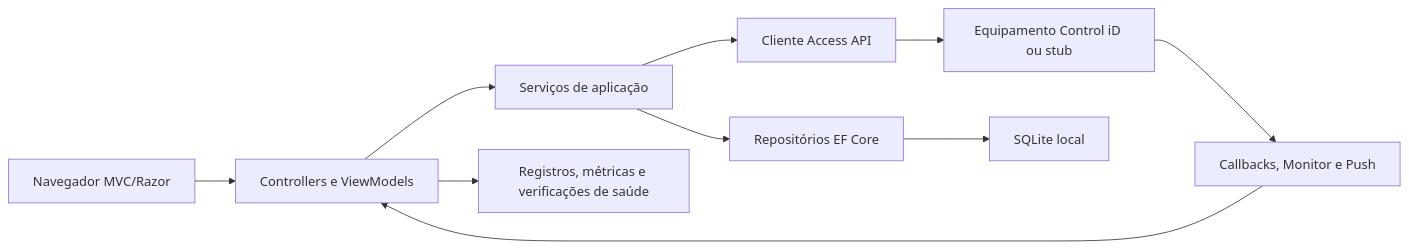
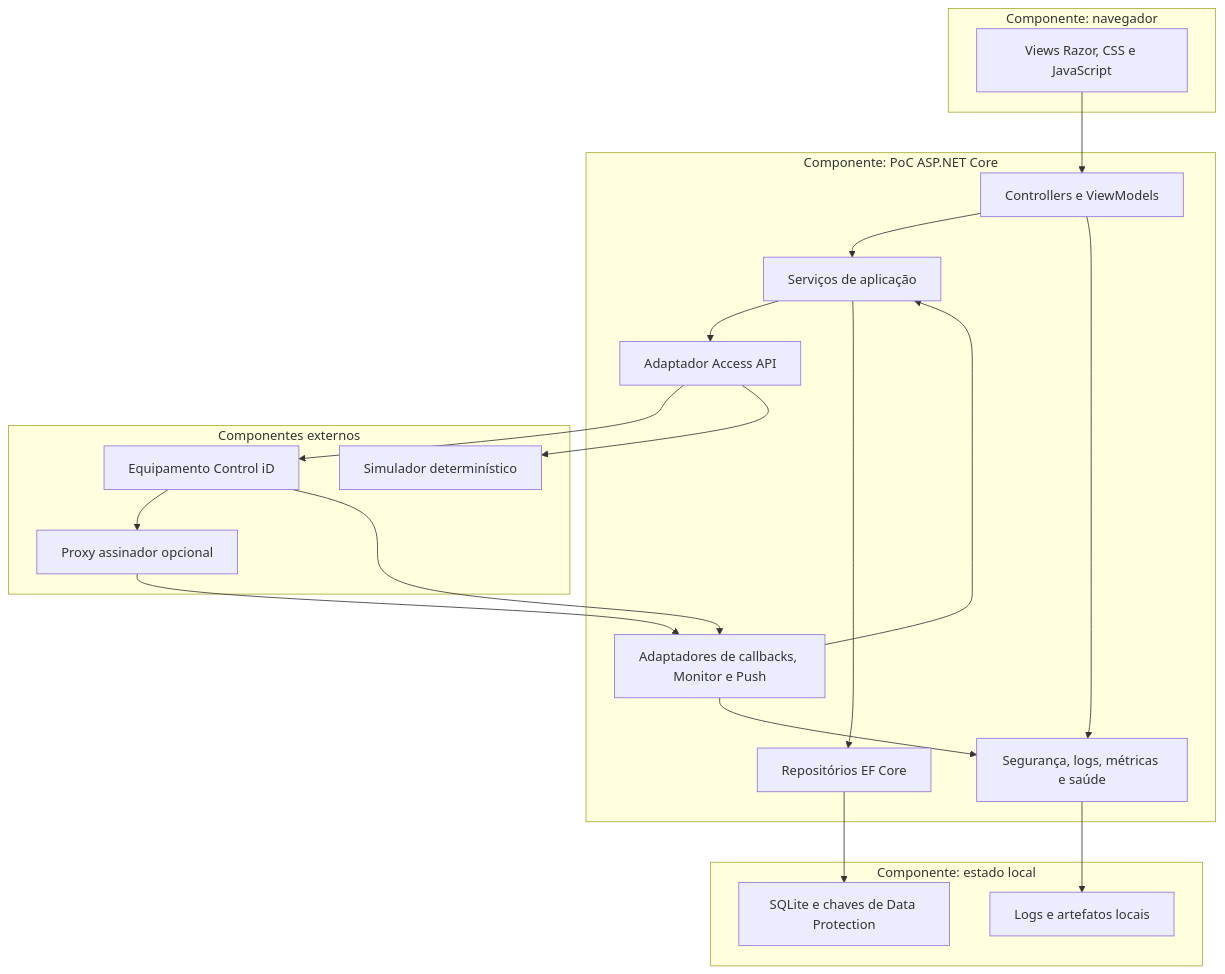
The first of 4 diagrams in docs/arquitetura/architecture-overview.md (DanielCosta3415/integracao-controlid-poc), drawn with Mermaid before and after one commit. The commit also changed other lines of this file and 17 other files, not shown here.

Commit message:
docs: expand UML and architecture diagrams

````diff
--- a/docs/arquitetura/architecture-overview.md
+++ b/docs/arquitetura/architecture-overview.md
@@ -19,12 +23,37 @@
 ```mermaid
-flowchart LR
-    Browser["Navegador MVC/Razor"] --> Controllers["Controllers e ViewModels"]
-    Controllers --> Services["Serviços de aplicação"]
-    Services --> ApiClient["Cliente Access API"]
-    Services --> Repositories["Repositórios EF Core"]
-    ApiClient --> Device["Equipamento Control iD ou stub"]
-    Repositories --> SQLite["SQLite local"]
-    Device --> Ingress["Callbacks, Monitor e Push"]
-    Ingress --> Controllers
-    Controllers --> Signals["Registros, métricas e verificações de saúde"]
+flowchart TB
+    subgraph Client["Componente: navegador"]
+        Browser["Views Razor, CSS e JavaScript"]
+    end
+    subgraph WebApp["Componente: PoC ASP.NET Core"]
+        Controllers["Controllers e ViewModels"]
+        AppServices["Serviços de aplicação"]
+        Outbound["Adaptador Access API"]
+        Ingress["Adaptadores de callbacks, Monitor e Push"]
+        Repositories["Repositórios EF Core"]
+        CrossCutting["Segurança, logs, métricas e saúde"]
+        Controllers --> AppServices
+        AppServices --> Outbound
+        AppServices --> Repositories
+        Ingress --> AppServices
+        Controllers --> CrossCutting
+        Ingress --> CrossCutting
+    end
+    subgraph LocalState["Componente: estado local"]
+        SQLite["SQLite e chaves de Data Protection"]
+        LogFiles["Logs e artefatos locais"]
+    end
+    subgraph External["Componentes externos"]
+        Device["Equipamento Control iD"]
+        Stub["Simulador determinístico"]
+        SigningProxy["Proxy assinador opcional"]
+    end
+    Browser --> Controllers
+    Outbound --> Device
+    Outbound --> Stub
+    Device --> SigningProxy
+    Device --> Ingress
+    SigningProxy --> Ingress
+    Repositories --> SQLite
+    CrossCutting --> LogFiles
 ```
````
